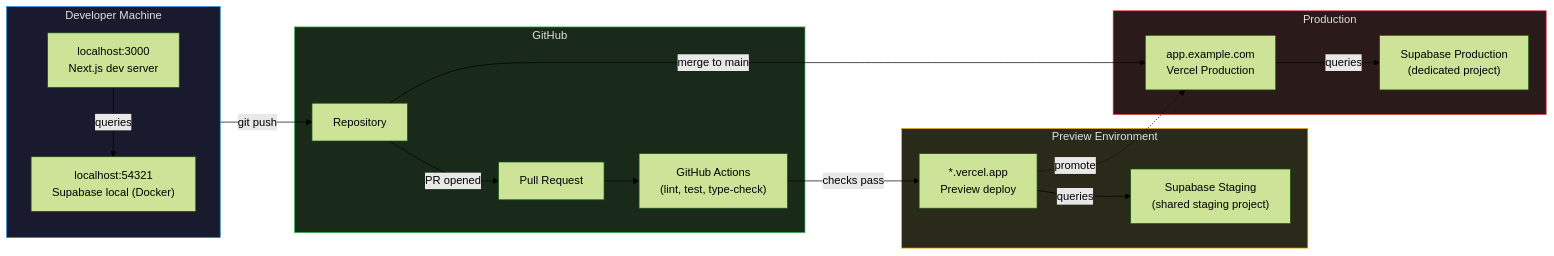
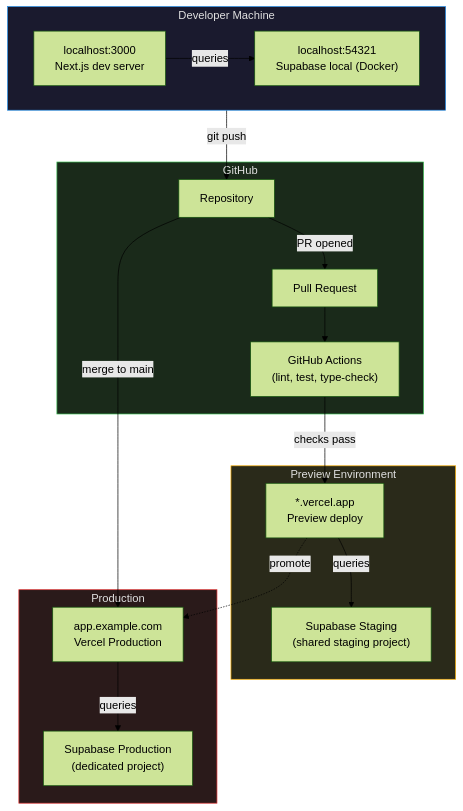
Before and after one commit to haqex/claude: the fourth of 5 diagrams in architectures/fullstack-website/system-design.md, drawn with Mermaid (forest theme). The commit also changed 3 other files, not shown here.

First line of the commit message:
Convert all Mermaid diagrams from horizontal to vertical layout

````diff
--- a/architectures/fullstack-website/system-design.md
+++ b/architectures/fullstack-website/system-design.md
@@ -126,38 +126,38 @@
 ```mermaid
-graph LR
+graph TB
     subgraph Dev["Developer Machine"]
         LC["localhost:3000\nNext.js dev server"]
         LD["localhost:54321\nSupabase local (Docker)"]
         LC -->|"queries"| LD
     end
 
     subgraph GH["GitHub"]
         REPO["Repository"]
         PR["Pull Request"]
         CI["GitHub Actions\n(lint, test, type-check)"]
         PR --> CI
     end
 
     subgraph Preview["Preview Environment"]
         PV["*.vercel.app\nPreview deploy"]
         PS["Supabase Staging\n(shared staging project)"]
         PV -->|"queries"| PS
     end
 
     subgraph Prod["Production"]
         VE["app.example.com\nVercel Production"]
         PP["Supabase Production\n(dedicated project)"]
         VE -->|"queries"| PP
     end
 
     Dev -->|"git push"| REPO
     REPO -->|"PR opened"| PR
     CI -->|"checks pass"| PV
     REPO -->|"merge to main"| VE
     PV -.->|"promote"| VE
 
     style Dev fill:#1a1a2e,stroke:#228be6,color:#e0e0e0
     style GH fill:#1a2a1a,stroke:#40c057,color:#e0e0e0
     style Preview fill:#2a2a1a,stroke:#fab005,color:#e0e0e0
     style Prod fill:#2a1a1a,stroke:#e03131,color:#e0e0e0
 ```
````
